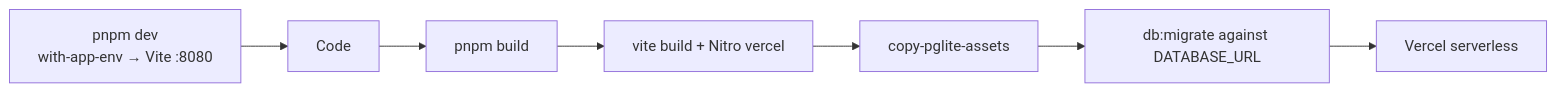
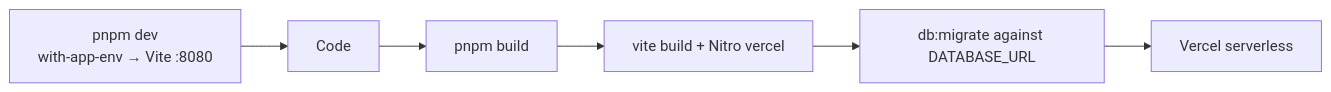
The seventh of 7 diagrams in docs/ARCHITECTURE.md (SahilFruitwala/kami), drawn with Mermaid before and after one commit. The commit also changed other lines of this file and 7 other files, not shown here.

````diff
--- a/docs/ARCHITECTURE.md
+++ b/docs/ARCHITECTURE.md
@@ -249,9 +247,8 @@
 ```mermaid
 flowchart LR
   Dev["pnpm dev<br/>with-app-env → Vite :8080"] --> Code
   Code --> Build["pnpm build"]
   Build --> Vite[vite build + Nitro vercel]
-  Vite --> Assets[copy-pglite-assets]
-  Assets --> Migrate[db:migrate against DATABASE_URL]
+  Vite --> Migrate[db:migrate against DATABASE_URL]
   Migrate --> Vercel[Vercel serverless]
 ```
````
